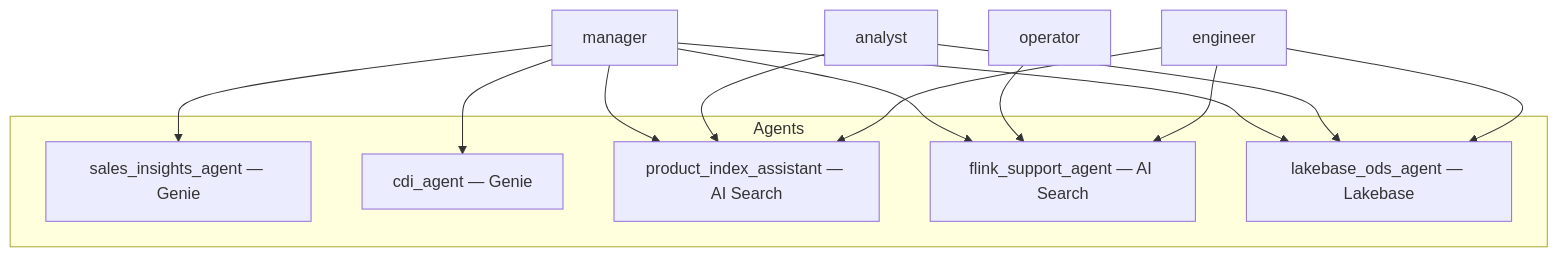
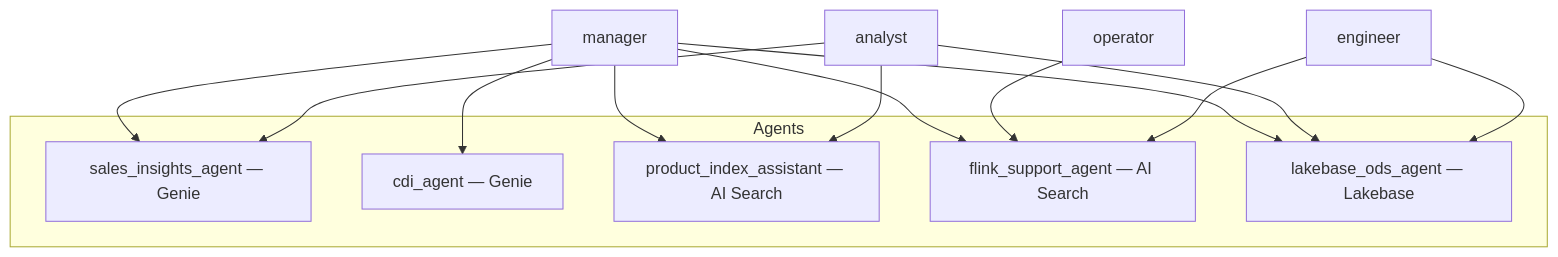
One commit to wchen-dea/Governed-Multi-Agent-Intelligence-on-Databricks changed the second of 3 diagrams in docs/architecture/design-artifacts/02-concept-detailed.md. Above: the diagram before and after it, drawn with Mermaid. The commit also changed 19 other files, not shown here.

````diff
--- a/docs/architecture/design-artifacts/02-concept-detailed.md
+++ b/docs/architecture/design-artifacts/02-concept-detailed.md
@@ -28,25 +28,25 @@
 ```mermaid
 flowchart TB
     subgraph Agents
         SA[sales_insights_agent — Genie]
         CDI[cdi_agent — Genie]
         PI[product_index_assistant — AI Search]
         FS[flink_support_agent — AI Search]
         LB[lakebase_ods_agent — Lakebase]
     end
 
     M[manager] --> SA
     M --> CDI
     M --> PI
     M --> FS
     M --> LB
 
-    A[analyst] --> PI
+    A[analyst] --> SA
+    A --> PI
     A --> LB
 
     OP[operator] --> FS
 
-    E[engineer] --> PI
-    E --> FS
+    E[engineer] --> FS
     E --> LB
 ```
````
